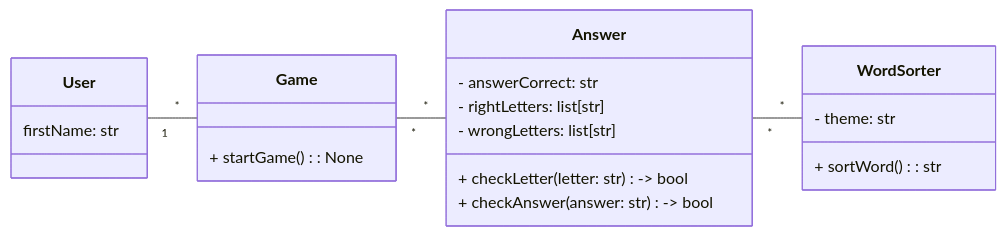
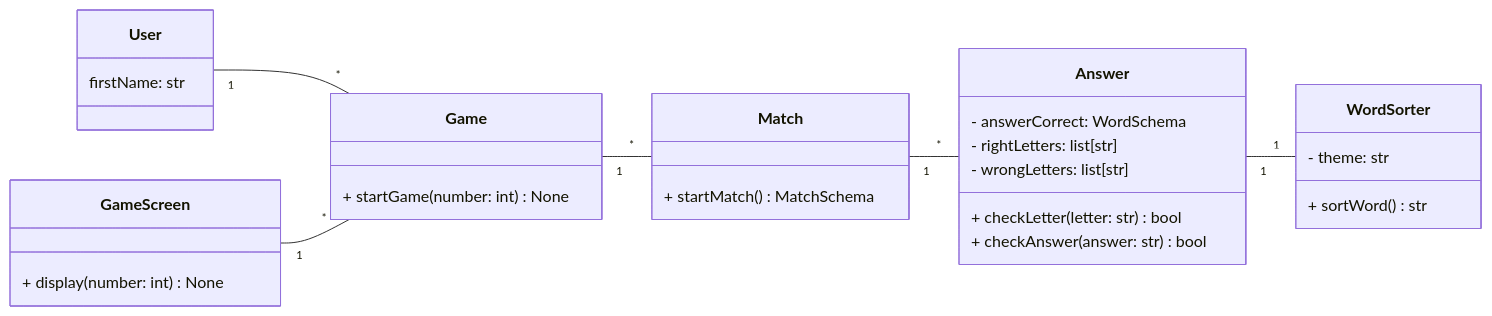
Before and after one commit to rubensrabelo/disciplinas_2025_2: the diagram in projeto_detalhado_de_software/jogo_da_forca/diagrama_de_classes.md, drawn with Mermaid. The commit also changed other lines of this file and 8 other files, not shown here.

Commit message:
Start coding and folder separation for the hangman game

````diff
--- a/projeto_detalhado_de_software/jogo_da_forca/diagrama_de_classes.md
+++ b/projeto_detalhado_de_software/jogo_da_forca/diagrama_de_classes.md
@@ -34,28 +44,38 @@
 ```mermaid
 classDiagram
   direction LR
   class User {
     firstName: str
   }
 
+  class GameScreen {
+    + display(number: int) None
+  }
+
   class Game {
-    + startGame(): None
+    + startGame(number: int) None
+  }
+
+  class Match {
+    + startMatch() MatchSchema
   }
 
   class WordSorter {
     - theme: str
-    + sortWord(): str
+    + sortWord() str
   }
 
   class Answer {
-    - answerCorrect: str
+    - answerCorrect: WordSchema
     - rightLetters: list[str]
     - wrongLetters: list[str]
-    + checkLetter(letter: str) -> bool
-    + checkAnswer(answer: str) -> bool
+    + checkLetter(letter: str) bool
+    + checkAnswer(answer: str) bool
   }
   
   User "1" -- "*" Game
-  Game "*" -- "*" Answer
-  Answer "*" -- "*" WordSorter
+  GameScreen "1" -- "*" Game
+  Game "1" -- "*" Match
+  Match "1" -- "*" Answer
+  Answer "1" -- "1" WordSorter
 ```
````
